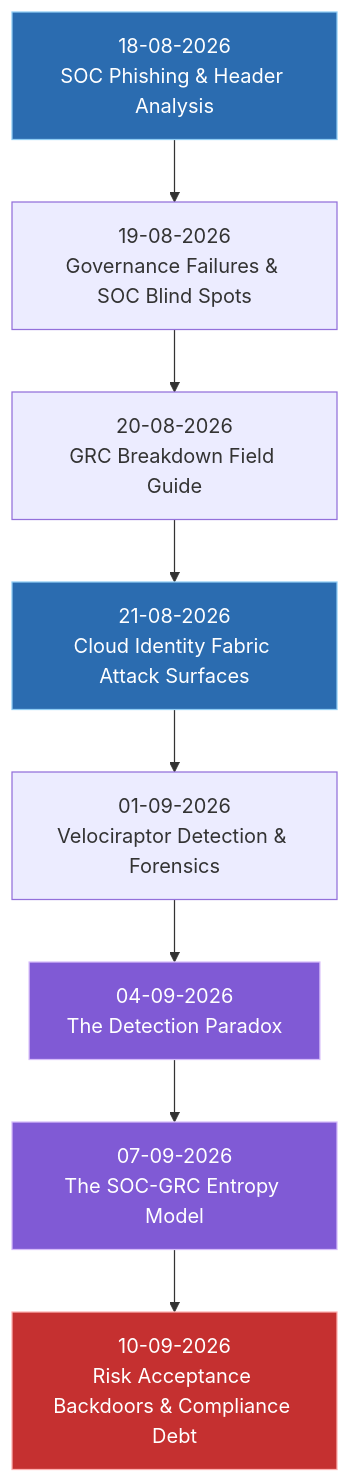
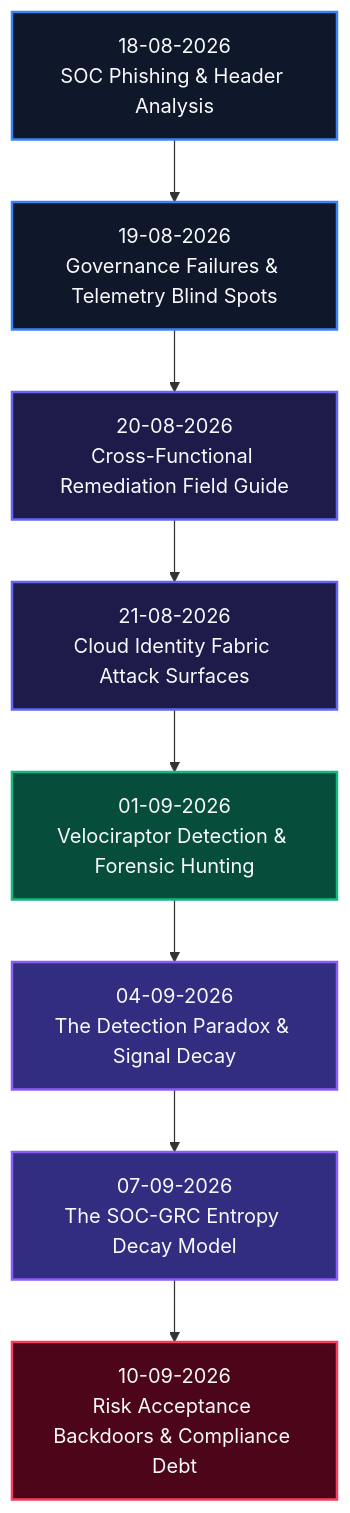
One commit to hiro001-eth/What-I-Learned-Today-on-SOC-GRC- changed the diagram in README.md. Above: the diagram before and after it, drawn with Mermaid. The commit also changed other lines of this file and 1 other file, not shown here.

````diff
--- a/README.md
+++ b/README.md
@@ -19,16 +33,23 @@
 ```mermaid
 graph TD
-    AUG18["18-08-2026<br/>SOC Phishing & Header Analysis"] --> AUG19["19-08-2026<br/>Governance Failures & SOC Blind Spots"]
-    AUG19 --> AUG20["20-08-2026<br/>GRC Breakdown Field Guide"]
+    AUG18["18-08-2026<br/>SOC Phishing & Header Analysis"] --> AUG19["19-08-2026<br/>Governance Failures & Telemetry Blind Spots"]
+    AUG19 --> AUG20["20-08-2026<br/>Cross-Functional Remediation Field Guide"]
     AUG20 --> AUG21["21-08-2026<br/>Cloud Identity Fabric Attack Surfaces"]
-    AUG21 --> SEP01["01-09-2026<br/>Velociraptor Detection & Forensics"]
-    SEP01 --> SEP04["04-09-2026<br/>The Detection Paradox"]
-    SEP04 --> SEP07["07-09-2026<br/>The SOC-GRC Entropy Model"]
+    AUG21 --> SEP01["01-09-2026<br/>Velociraptor Detection & Forensic Hunting"]
+    SEP01 --> SEP04["04-09-2026<br/>The Detection Paradox & Signal Decay"]
+    SEP04 --> SEP07["07-09-2026<br/>The SOC-GRC Entropy Decay Model"]
     SEP07 --> SEP10["10-09-2026<br/>Risk Acceptance Backdoors & Compliance Debt"]
 
-    style AUG18 fill:#2b6cb0,stroke:#90cdf4,color:#fff
-    style AUG21 fill:#2b6cb0,stroke:#90cdf4,color:#fff
-    style SEP04 fill:#805ad5,stroke:#d6bcfa,color:#fff
-    style SEP07 fill:#805ad5,stroke:#d6bcfa,color:#fff
-    style SEP10 fill:#c53030,stroke:#feb2b2,color:#fff
+    classDef default fill:#1E293B,stroke:#475569,color:#F8FAFC,stroke-width:1px;
+    classDef foundation fill:#0F172A,stroke:#3B82F6,color:#F8FAFC,stroke-width:2px;
+    classDef telemetry fill:#1E1B4B,stroke:#6366F1,color:#F8FAFC,stroke-width:2px;
+    classDef forensics fill:#064E3B,stroke:#10B981,color:#F8FAFC,stroke-width:2px;
+    classDef theoretical fill:#312E81,stroke:#8B5CF6,color:#F8FAFC,stroke-width:2px;
+    classDef critical fill:#4C0519,stroke:#F43F5E,color:#F8FAFC,stroke-width:2px;
+
+    class AUG18,AUG19 foundation;
+    class AUG20,AUG21 telemetry;
+    class SEP01 forensics;
+    class SEP04,SEP07 theoretical;
+    class SEP10 critical;
 ```
````
